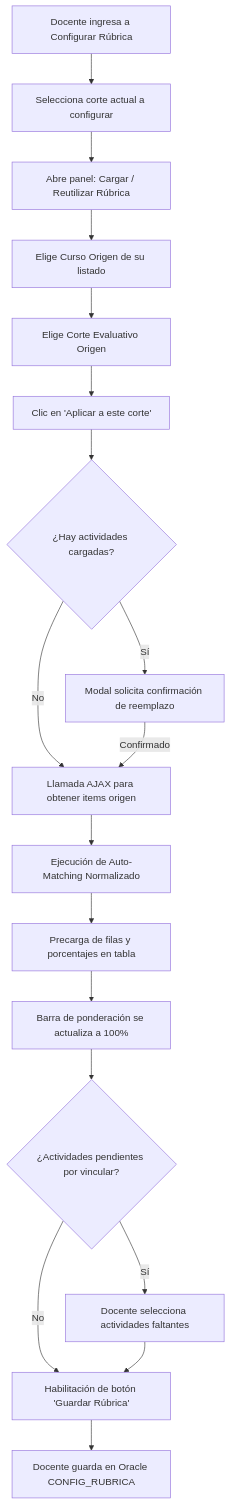
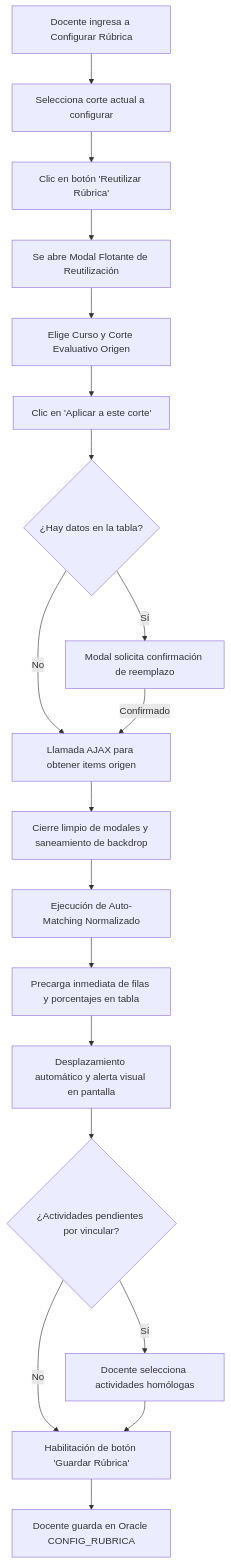
The diagram in DIA_5_REUTILIZACION_IMPORTACION_RUBRICAS.md (vivianaorg/Practica), drawn with Mermaid before and after one commit. The commit also changed other lines of this file, not shown here.

Commit message:
Actualizar bitacora Dia 5 con arquitectura de boton y modal flotante de reutilizacion

````diff
--- a/DIA_5_REUTILIZACION_IMPORTACION_RUBRICAS.md
+++ b/DIA_5_REUTILIZACION_IMPORTACION_RUBRICAS.md
@@ -98,20 +120,21 @@
 ```mermaid
 flowchart TD
     A[Docente ingresa a Configurar Rúbrica] --> B[Selecciona corte actual a configurar]
-    B --> C[Abre panel: Cargar / Reutilizar Rúbrica]
-    C --> D[Elige Curso Origen de su listado]
-    D --> E[Elige Corte Evaluativo Origen]
+    B --> C[Clic en botón 'Reutilizar Rúbrica']
+    C --> D[Se abre Modal Flotante de Reutilización]
+    D --> E[Elige Curso y Corte Evaluativo Origen]
     E --> F[Clic en 'Aplicar a este corte']
-    F --> G{¿Hay actividades cargadas?}
+    F --> G{¿Hay datos en la tabla?}
     G -- Sí --> H[Modal solicita confirmación de reemplazo]
     G -- No --> I[Llamada AJAX para obtener items origen]
     H -- Confirmado --> I
-    I --> J[Ejecución de Auto-Matching Normalizado]
-    J --> K[Precarga de filas y porcentajes en tabla]
-    K --> L[Barra de ponderación se actualiza a 100%]
-    L --> M{¿Actividades pendientes por vincular?}
-    M -- Sí --> N[Docente selecciona actividades faltantes]
-    M -- No --> O[Habilitación de botón 'Guardar Rúbrica']
-    N --> O
-    O --> P[Docente guarda en Oracle CONFIG_RUBRICA]
+    I --> J[Cierre limpio de modales y saneamiento de backdrop]
+    J --> K[Ejecución de Auto-Matching Normalizado]
+    K --> L[Precarga inmediata de filas y porcentajes en tabla]
+    L --> M[Desplazamiento automático y alerta visual en pantalla]
+    M --> N{¿Actividades pendientes por vincular?}
+    N -- Sí --> O[Docente selecciona actividades homólogas]
+    N -- No --> P[Habilitación de botón 'Guardar Rúbrica']
+    O --> P
+    P --> Q[Docente guarda en Oracle CONFIG_RUBRICA]
 ```
````
